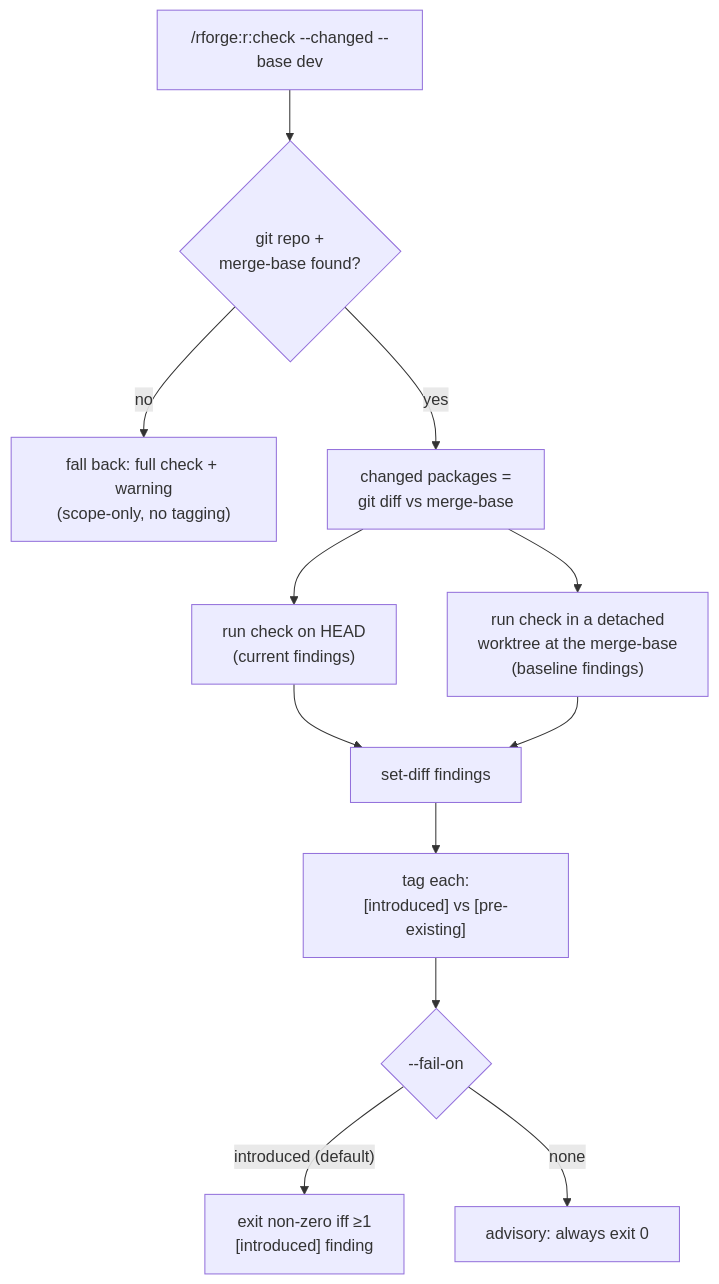
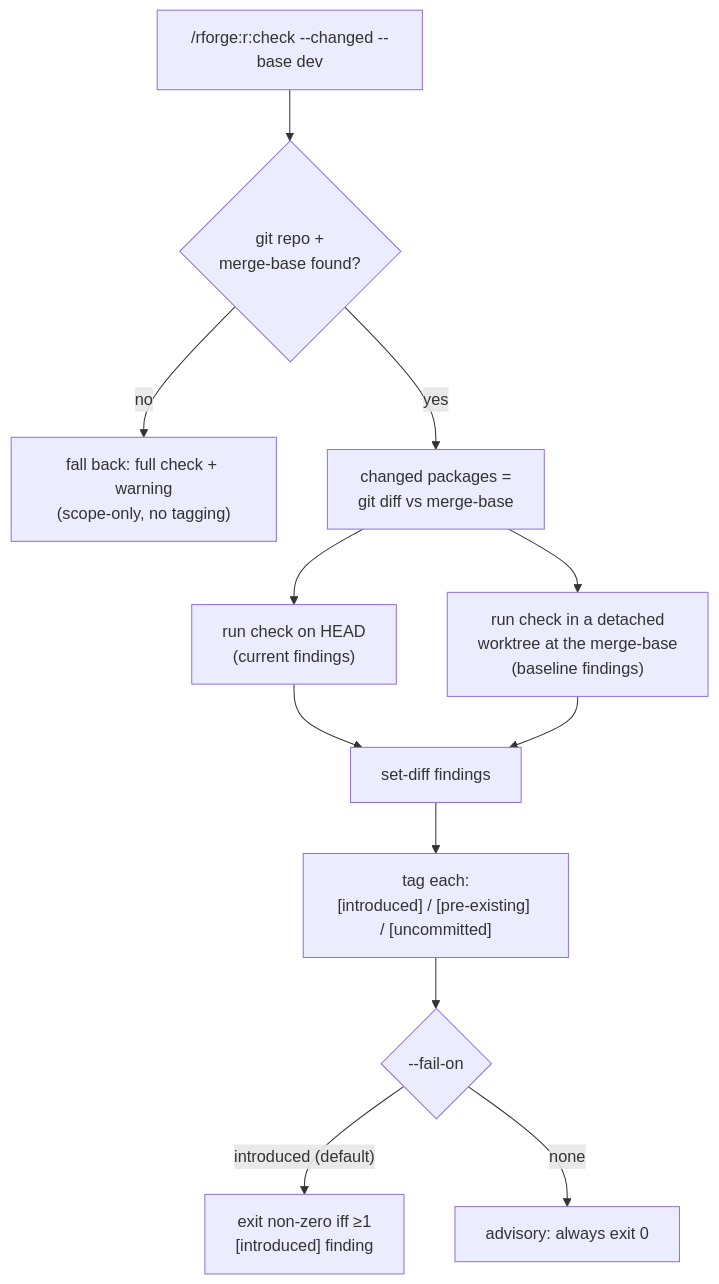
The diagram in docs/tutorials/diff-aware-checks.md (Data-Wise/rforge), drawn with Mermaid before and after one commit. The commit also changed other lines of this file and 3 other files, not shown here.

````diff
--- a/docs/tutorials/diff-aware-checks.md
+++ b/docs/tutorials/diff-aware-checks.md
@@ -31,14 +32,14 @@
 ```mermaid
 flowchart TD
     A["/rforge:r:check --changed --base dev"] --> B{"git repo +<br/>merge-base found?"}
     B -- "no" --> Z["fall back: full check + warning<br/>(scope-only, no tagging)"]
     B -- "yes" --> C["changed packages =<br/>git diff vs merge-base"]
     C --> D["run check on HEAD<br/>(current findings)"]
     C --> E["run check in a detached<br/>worktree at the merge-base<br/>(baseline findings)"]
     D --> F["set-diff findings"]
     E --> F
-    F --> G["tag each:<br/>[introduced] vs [pre-existing]"]
+    F --> G["tag each:<br/>[introduced] / [pre-existing] / [uncommitted]"]
     G --> H{"--fail-on"}
     H -- "introduced (default)" --> I["exit non-zero iff ≥1<br/>[introduced] finding"]
     H -- "none" --> J["advisory: always exit 0"]
 ```
````
